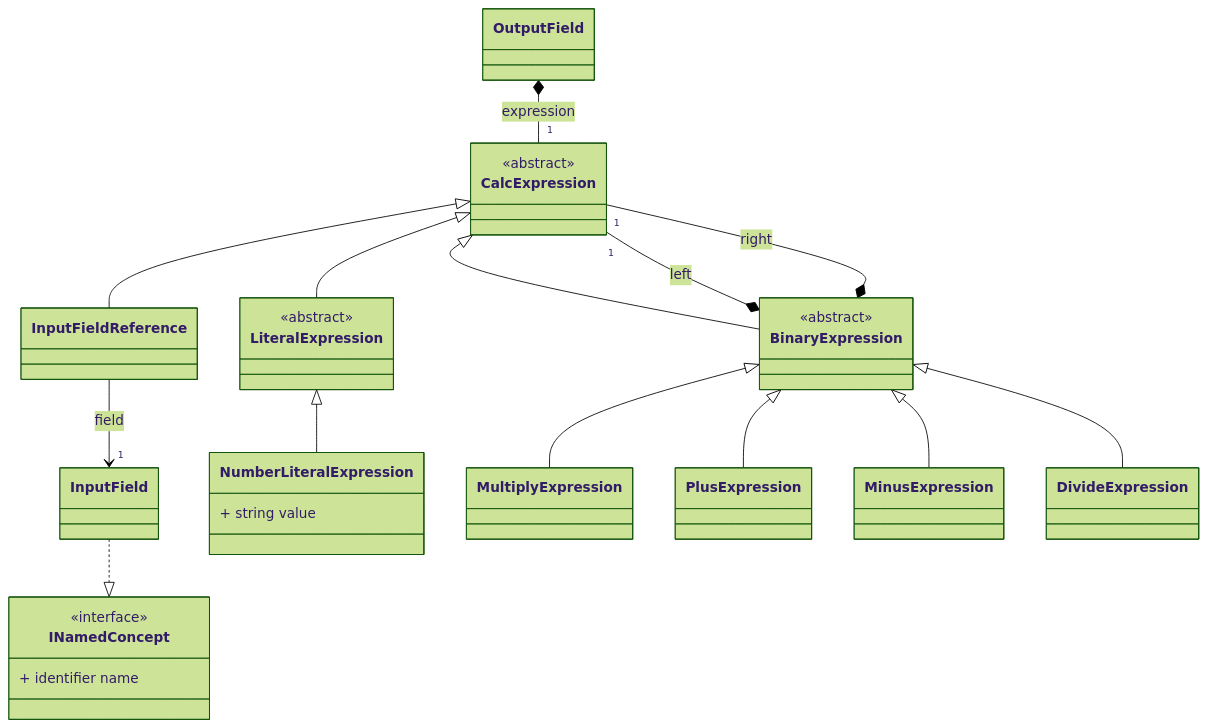
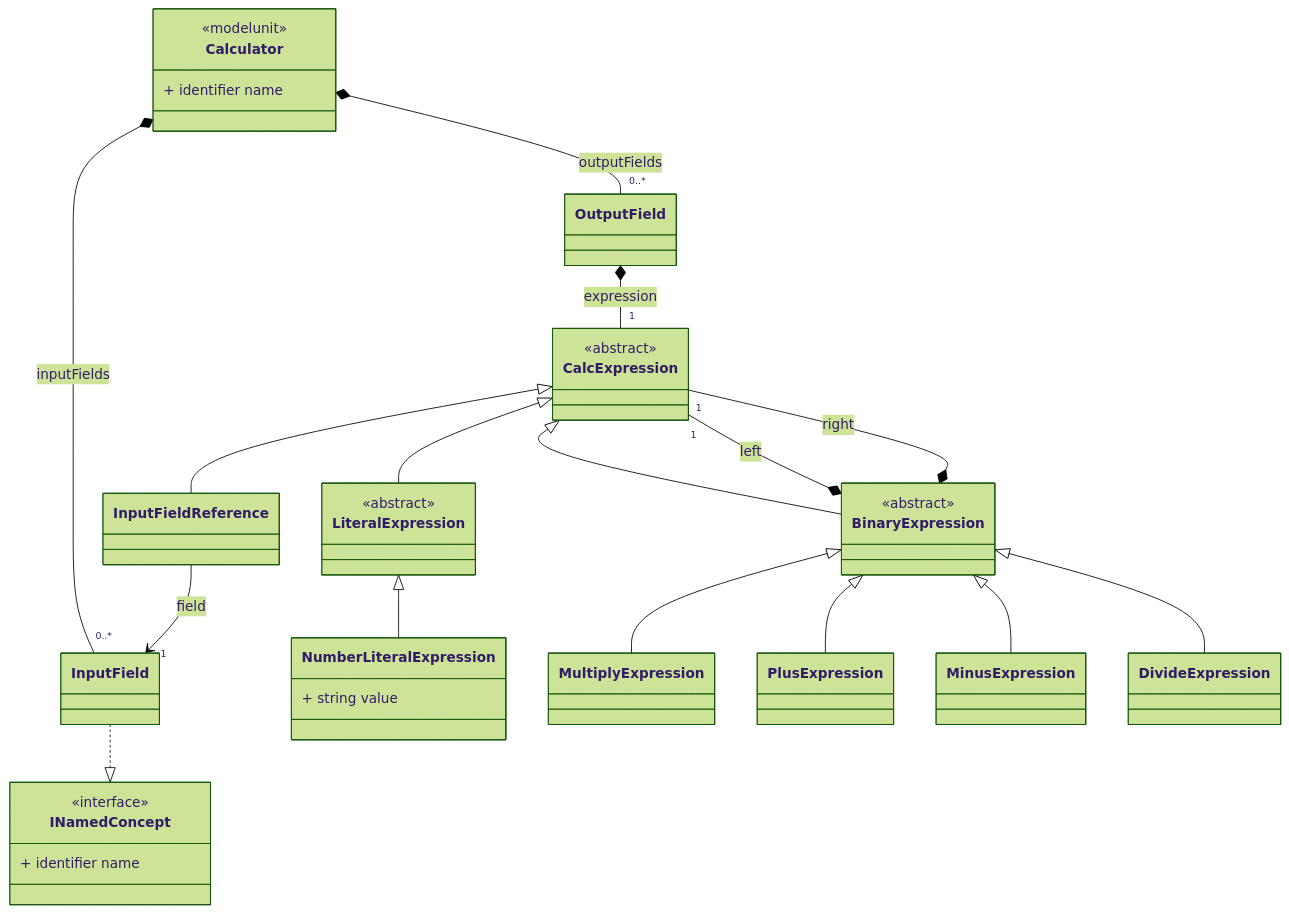
The diagram in packages/Calculator/src/diagrams/gen/complete-view.md (annekekleppe/AGL-401-test), drawn with Mermaid before and after one commit. The commit also changed 80 other files, not shown here.

````diff
--- a/packages/Calculator/src/diagrams/gen/complete-view.md
+++ b/packages/Calculator/src/diagrams/gen/complete-view.md
@@ -2,72 +2,81 @@
 ```mermaid
     %%{init: {'theme': 'forest'} }%%
     classDiagram
     direction TD
     %% other possibilites: LR RL DT TB (same as TD)
     class InputField {
         
         
     }
     class OutputField {
         
         
     }
     class InputFieldReference {
         
         
     }
     class CalcExpression {
         <<abstract>>
         
     }
     class LiteralExpression {
         <<abstract>>
         
     }
     class NumberLiteralExpression {
         
         + string value
     }
     class BinaryExpression {
         <<abstract>>
         
     }
     class MultiplyExpression {
         
         
     }
     class PlusExpression {
         
         
     }
     class MinusExpression {
         
         
     }
     class DivideExpression {
         
         
     }
+    class Calculator {
+        <<modelunit>>
+        + identifier name
+    }
     class INamedConcept {
         <<interface>>
         + identifier name
     }
+    Calculator *-- "0..*" InputField : inputFields
+
+		Calculator *-- "0..*" OutputField : outputFields
+
+        
     CalcExpression <|-- InputFieldReference
 CalcExpression <|-- LiteralExpression
 LiteralExpression <|-- NumberLiteralExpression
 CalcExpression <|-- BinaryExpression
 BinaryExpression <|-- MultiplyExpression
 BinaryExpression <|-- PlusExpression
 BinaryExpression <|-- MinusExpression
 BinaryExpression <|-- DivideExpression
 
         OutputField *-- "1" CalcExpression : expression
 BinaryExpression *-- "1" CalcExpression : left
 
 		BinaryExpression *-- "1" CalcExpression : right
 
         InputFieldReference --> "1" InputField : field
 
         InputField ..|> INamedConcept
 
 ```
````
